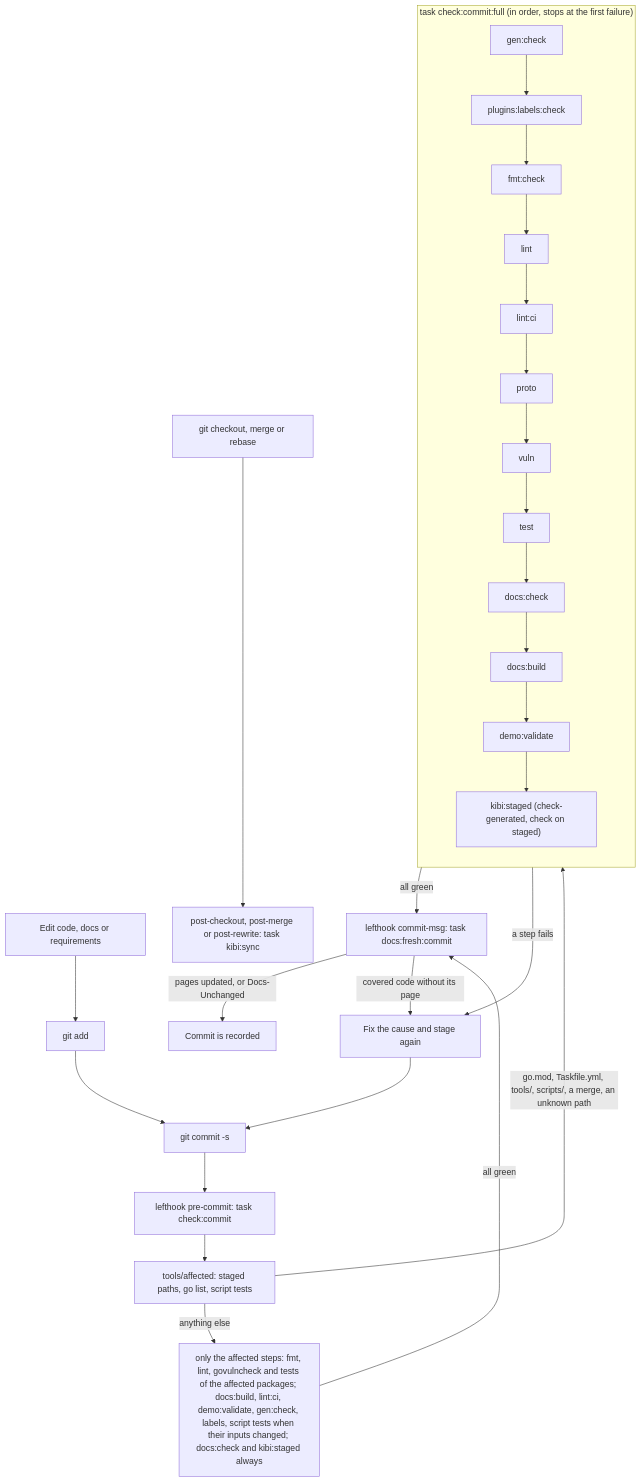
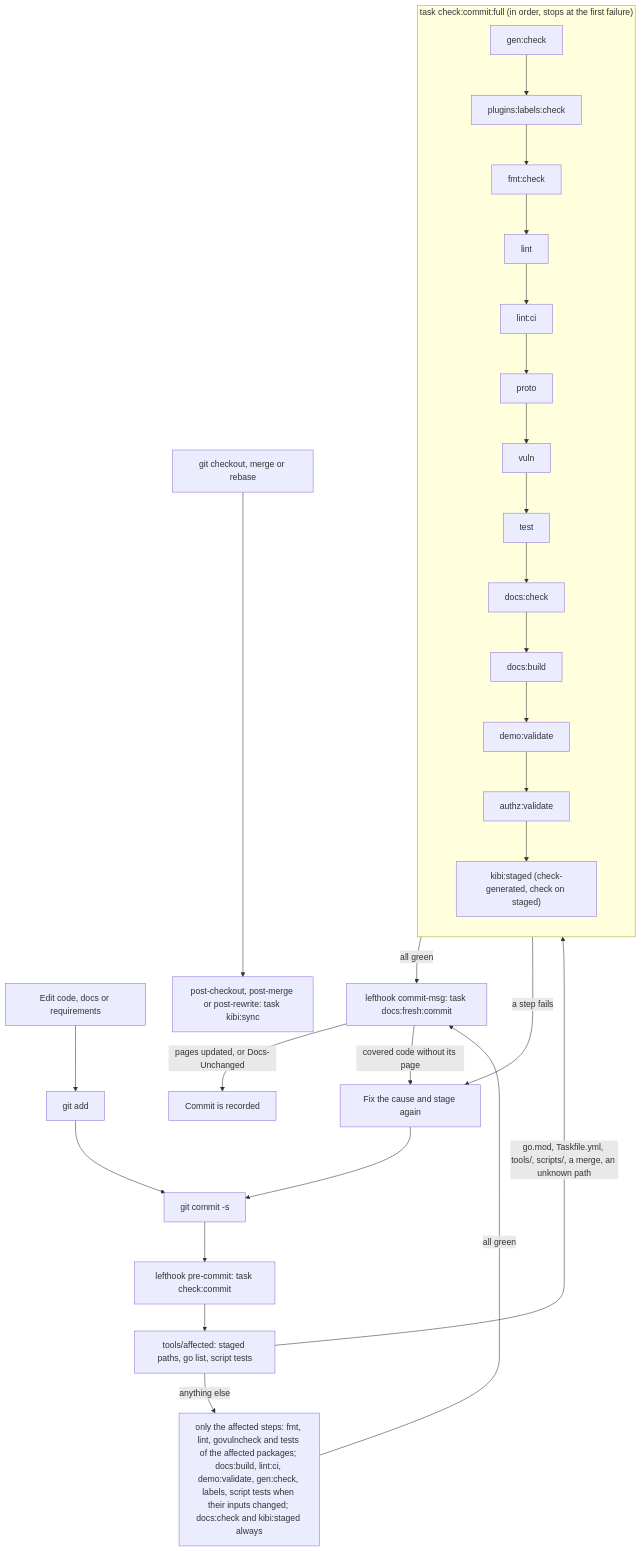
The second of 5 diagrams in docs/dev/pipeline.md (arkadiuss/openfief), drawn with Mermaid before and after one commit. The commit also changed other lines of this file and 169 other files, not shown here.

````diff
--- a/docs/dev/pipeline.md
+++ b/docs/dev/pipeline.md
@@ -142,21 +143,21 @@
 ```mermaid
 flowchart TD
   edit["Edit code, docs or requirements"] --> add["git add"]
   add --> commit["git commit -s"]
   commit --> hook["lefthook pre-commit: task check:commit"]
   hook --> sel["tools/affected: staged paths, go list, script tests"]
   sel -->|"go.mod, Taskfile.yml, tools/, scripts/, a merge, an unknown path"| cc
   sel -->|"anything else"| part["only the affected steps: fmt, lint, govulncheck and tests of the affected packages; docs:build, lint:ci, demo:validate, gen:check, labels, script tests when their inputs changed; docs:check and kibi:staged always"]
   subgraph cc["task check:commit:full (in order, stops at the first failure)"]
     direction TB
     gen["gen:check"] --> labels["plugins:labels:check"] --> fmt["fmt:check"] --> lint["lint"] --> lintci["lint:ci"] --> proto["proto"]
-    proto --> vuln["vuln"] --> test["test"] --> docs["docs:check"] --> site["docs:build"] --> dv["demo:validate"] --> kibi["kibi:staged (check-generated, check on staged)"]
+    proto --> vuln["vuln"] --> test["test"] --> docs["docs:check"] --> site["docs:build"] --> dv["demo:validate"] --> az["authz:validate"] --> kibi["kibi:staged (check-generated, check on staged)"]
   end
   part -->|"all green"| msg
   cc -->|"all green"| msg["lefthook commit-msg: task docs:fresh:commit"]
   msg -->|"pages updated, or Docs-Unchanged"| done["Commit is recorded"]
   msg -->|"covered code without its page"| fix
   cc -->|"a step fails"| fix["Fix the cause and stage again"]
   fix --> commit
   switch["git checkout, merge or rebase"] --> sync["post-checkout, post-merge or post-rewrite: task kibi:sync"]
 ```
````
